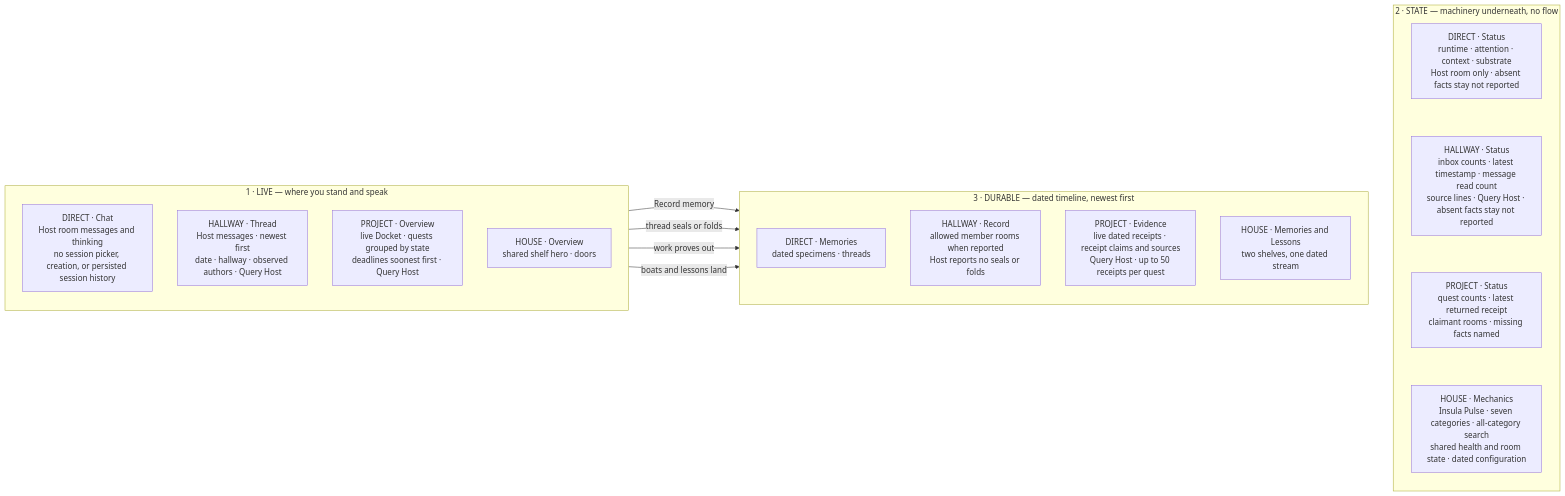
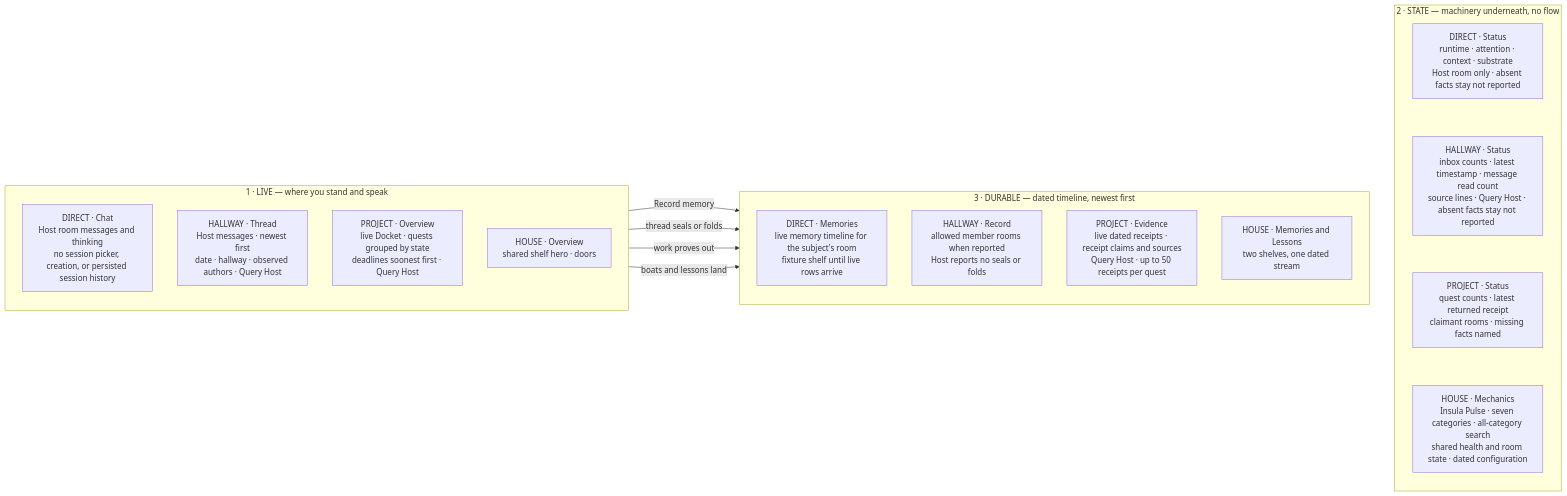
The second of 2 diagrams in gui-prototype/NAVIGATION_MAP.md (solarisael/the-athanor), drawn with Mermaid before and after one commit. The commit also changed other lines of this file and 55 other files, not shown here.

````diff
--- a/gui-prototype/NAVIGATION_MAP.md
+++ b/gui-prototype/NAVIGATION_MAP.md
@@ -46,37 +52,37 @@
 ```mermaid
 flowchart LR
 
 subgraph LIVE["1 · LIVE — where you stand and speak"]
   direction TB
   dLive["DIRECT · Chat<br>Host room messages and thinking<br>no session picker, creation, or persisted session history"]
   hLive["HALLWAY · Thread<br>Host messages · newest first<br>date · hallway · observed authors · Query Host"]
   pLive["PROJECT · Overview<br>live Docket · quests grouped by state<br>deadlines soonest first · Query Host"]
   houseLive["HOUSE · Overview<br>shared shelf hero · doors"]
 end
 
 subgraph DUR["3 · DURABLE — dated timeline, newest first"]
   direction TB
-  dDur["DIRECT · Memories<br>dated specimens · threads"]
+  dDur["DIRECT · Memories<br>live memory timeline for the subject's room<br>fixture shelf until live rows arrive"]
   hDur["HALLWAY · Record<br>allowed member rooms when reported<br>Host reports no seals or folds"]
   pDur["PROJECT · Evidence<br>live dated receipts · receipt claims and sources<br>Query Host · up to 50 receipts per quest"]
   houseDur["HOUSE · Memories and Lessons<br>two shelves, one dated stream"]
 end
 
 subgraph STATE["2 · STATE — machinery underneath, no flow"]
   direction TB
   dState["DIRECT · Status<br>runtime · attention · context · substrate<br>Host room only · absent facts stay not reported"]
   hState["HALLWAY · Status<br>inbox counts · latest timestamp · message read count<br>source lines · Query Host · absent facts stay not reported"]
   pState["PROJECT · Status<br>quest counts · latest returned receipt<br>claimant rooms · missing facts named"]
   houseState["HOUSE · Mechanics<br>Insula Pulse · seven categories · all-category search<br>shared health and room state · dated configuration"]
 end
 
 dState ~~~ hState ~~~ pState ~~~ houseState
 
 dLive -->|"Record memory"| dDur
 hLive -->|"thread seals or folds"| hDur
 pLive -->|"work proves out"| pDur
 houseLive -->|"boats and lessons land"| houseDur
 
 LIVE ~~~ DUR
 DUR ~~~ STATE
 ```
````
